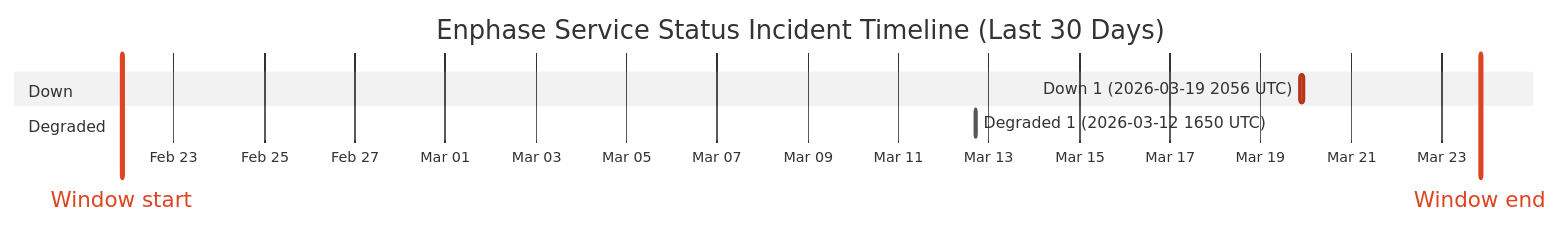
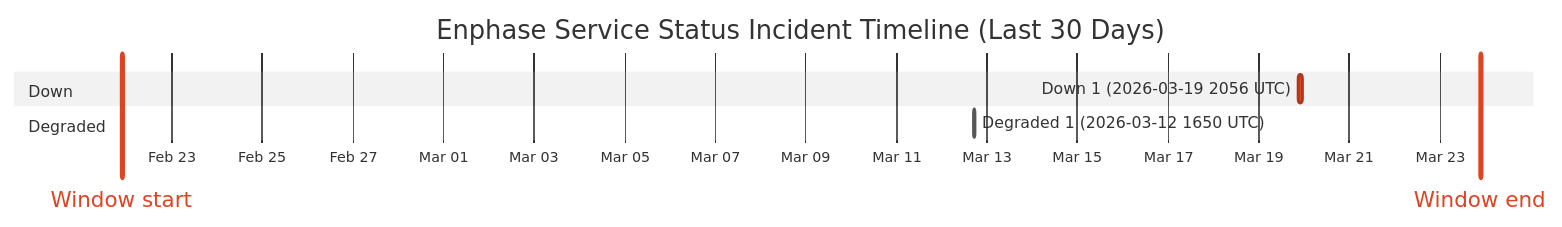
The diagram in wiki/Service-Status-History.md (barneyonline/ha-enphase-ev-charger), drawn with Mermaid (neutral theme) before and after one commit. The commit also changed other lines of this file and 3 other files, not shown here.

````diff
--- a/wiki/Service-Status-History.md
+++ b/wiki/Service-Status-History.md
@@ -14,12 +14,12 @@
 ```mermaid
 gantt
     title Enphase Service Status Incident Timeline (Last 30 Days)
     dateFormat  YYYY-MM-DDTHH:mm:ss
     axisFormat  %b %d
-    Window start :vert, window-start, 2026-02-21T20:29:34, 0ms
-    Window end :vert, window-end, 2026-03-23T20:29:34, 0ms
+    Window start :vert, window-start, 2026-02-21T21:27:21, 0ms
+    Window end :vert, window-end, 2026-03-23T21:27:21, 0ms
     section Down
     Down 1 (2026-03-19 2056 UTC) :crit, down-1, 2026-03-19T20:56:20, 145m
     section Degraded
     Degraded 1 (2026-03-12 1650 UTC) :active, degraded-1, 2026-03-12T16:50:43, 60m
 ```
````
